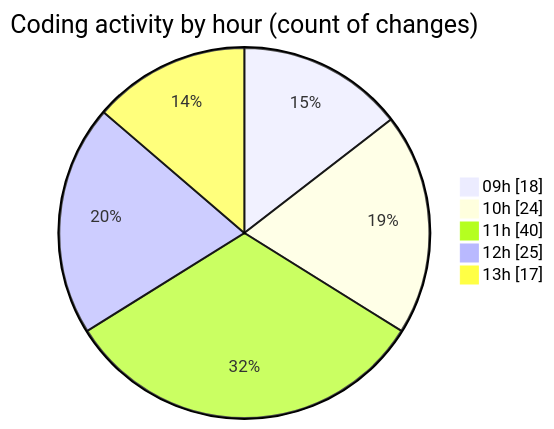
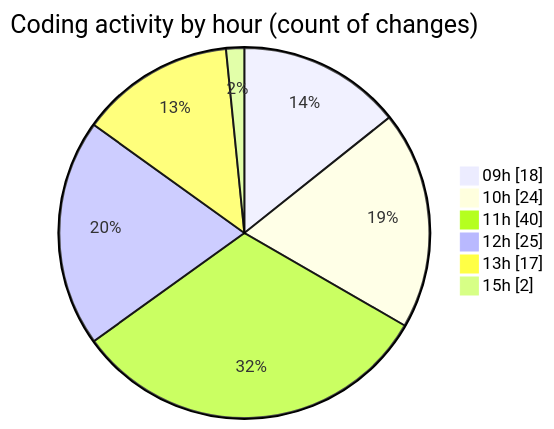
Before and after one commit to momahboobian/code-tracking: the second of 2 diagrams in 2025-09-16/cda/README.md, drawn with Mermaid. The commit also changed other lines of this file and 1 other file, not shown here.

````diff
--- a/2025-09-16/cda/README.md
+++ b/2025-09-16/cda/README.md
@@ -38,9 +39,10 @@
 ```mermaid
 pie showData
 title Coding activity by hour (count of changes)
 "09h" : 18
 "10h" : 24
 "11h" : 40
 "12h" : 25
 "13h" : 17
+"15h" : 2
 ```
````
